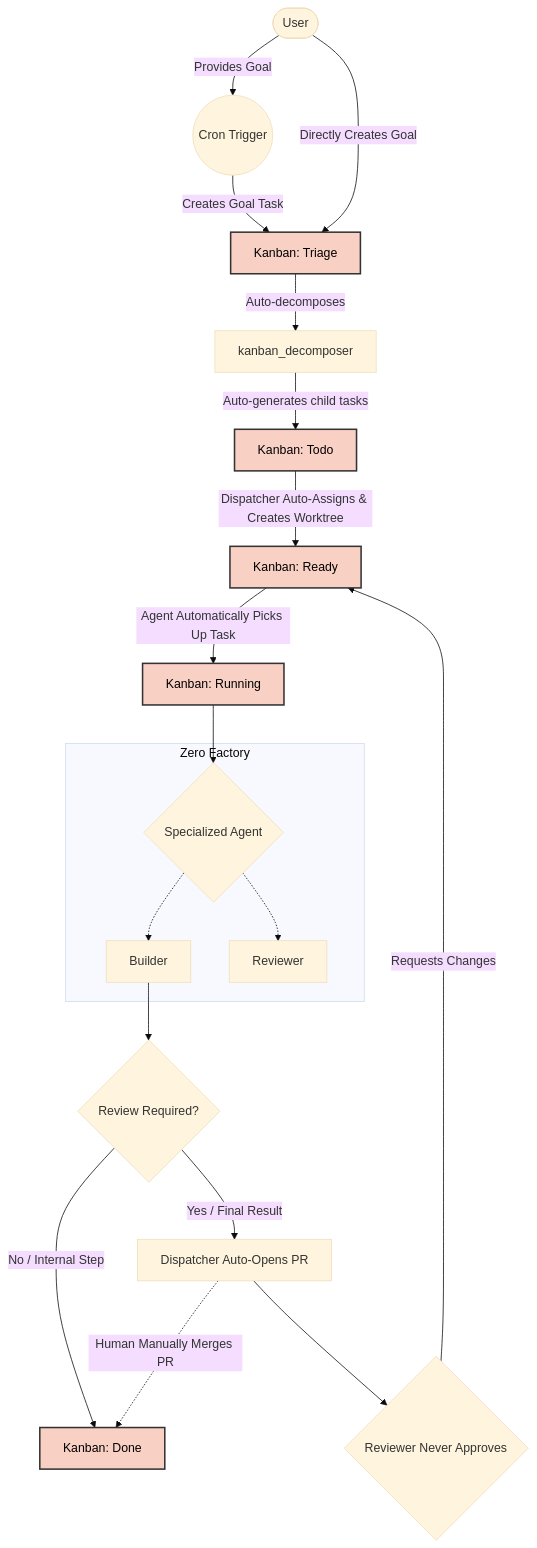
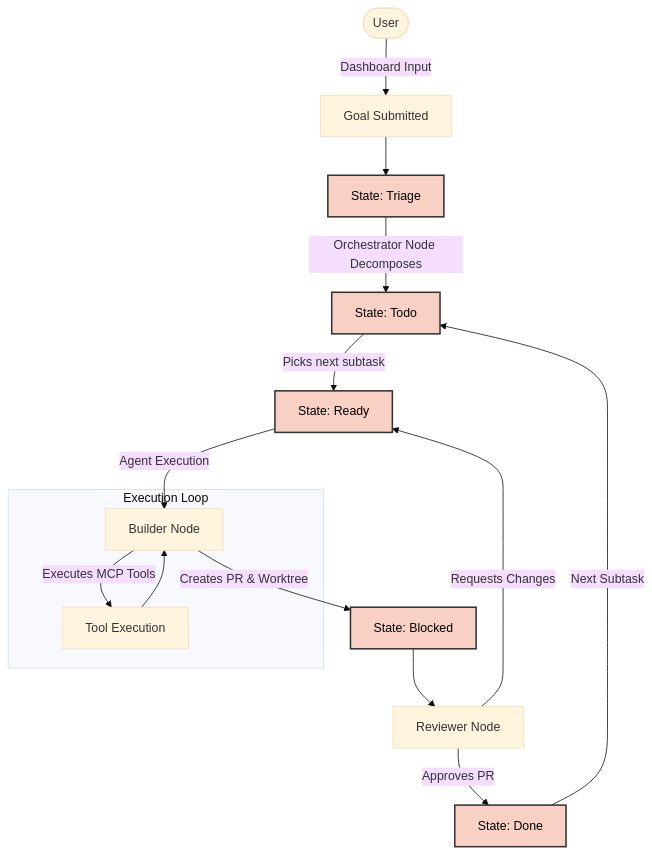
Before and after one commit to hotcode-dev/zerofactory: the diagram in README.md, drawn with Mermaid (base theme). The commit also changed other lines of this file, not shown here.

Commit message:
docs: update README to reflect LangGraph + Bun architecture

````diff
--- a/README.md
+++ b/README.md
@@ -34,35 +31,27 @@
 ```mermaid
 graph TD
     classDef kanban fill:#f9d0c4,stroke:#333,stroke-width:2px,color:#000;
     
-    User([User]) -->|Provides Goal| Cron((Cron Trigger))
-    Cron -->|Creates Goal Task| Triage[Kanban: Triage]:::kanban
+    User([User]) -->|Dashboard Input| Start[Goal Submitted]
+    Start --> Triage[State: Triage]:::kanban
     
-    User -->|Directly Creates Goal| Triage
+    Triage -->|Orchestrator Node Decomposes| Todo[State: Todo]:::kanban
     
-    Triage -->|Auto-decomposes| Decomposer[kanban_decomposer]
-    Decomposer -->|Auto-generates child tasks| Todo[Kanban: Todo]:::kanban
+    Todo -->|Picks next subtask| Ready[State: Ready]:::kanban
     
-    Todo -->|Dispatcher Auto-Assigns & Creates Worktree| Ready[Kanban: Ready]:::kanban
+    Ready -->|Agent Execution| BuilderNode[Builder Node]
     
-    Ready -->|Agent Automatically Picks Up Task| Running[Kanban: Running]:::kanban
-    
-    Running --> AgentWork{Specialized Agent}
-    
-    subgraph Zero Factory
-        AgentWork -.-> Builder
-        AgentWork -.-> Reviewer
+    subgraph Execution Loop
+        BuilderNode -->|Executes MCP Tools| ToolNode[Tool Execution]
+        ToolNode --> BuilderNode
     end
     
-    Builder --> TaskComplete
+    BuilderNode -->|Creates PR & Worktree| Blocked[State: Blocked]:::kanban
     
-    TaskComplete{Review Required?}
-    TaskComplete -->|No / Internal Step| Done[Kanban: Done]:::kanban
+    Blocked --> ReviewerNode[Reviewer Node]
     
-    TaskComplete -->|Yes / Final Result| PR[Dispatcher Auto-Opens PR]
+    ReviewerNode -->|Requests Changes| Ready
+    ReviewerNode -->|Approves PR| Done[State: Done]:::kanban
     
-    PR --> ReviewerLoop{Reviewer Never Approves}
-    ReviewerLoop -->|Requests Changes| Ready
-    
-    PR -.->|Human Manually Merges PR| Done
+    Done -->|Next Subtask| Todo
 ```
````
